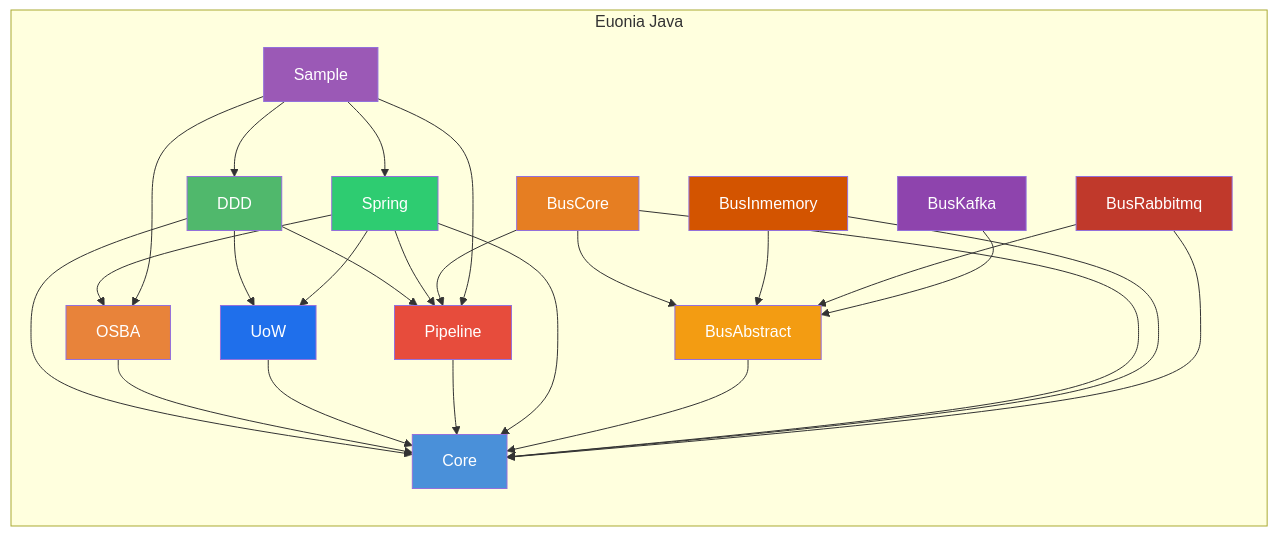
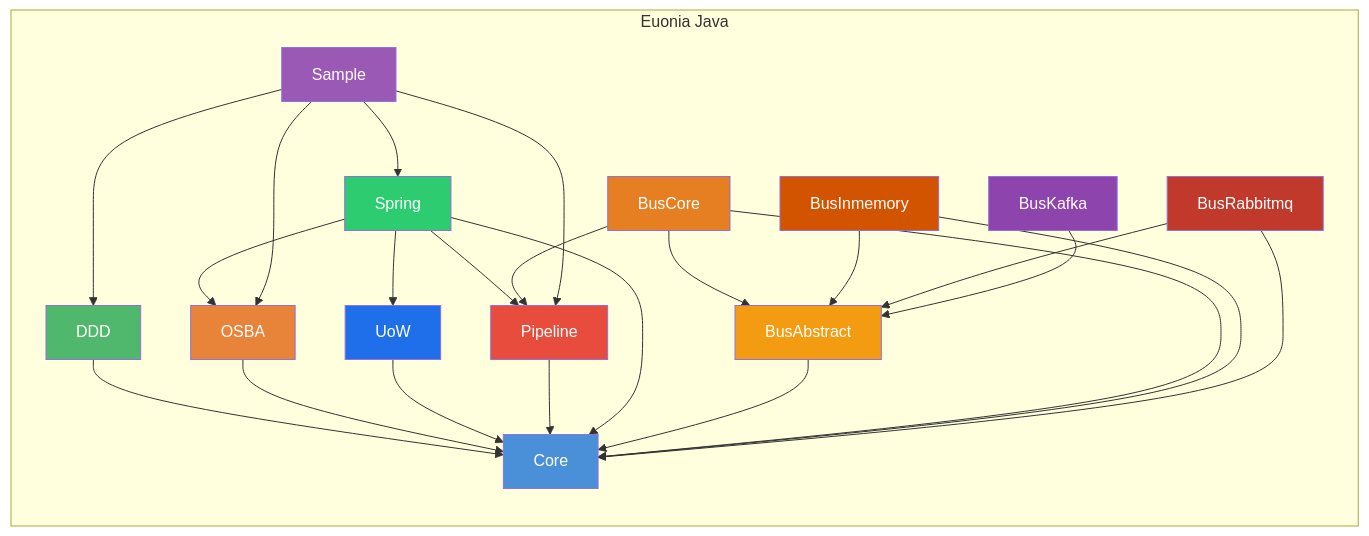
Before and after one commit to euonia-project/euonia-java: the diagram in README.en.md, drawn with Mermaid. The commit also changed 1 other file, not shown here.

Commit message:
refactor: Remove DDD dependencies on UoW and Pipeline from README files

````diff
--- a/README.en.md
+++ b/README.en.md
@@ -13,42 +13,40 @@
 ```mermaid
 graph TD
     subgraph "Euonia Java"
         direction TB
         DDD --> Core
-        DDD --> UoW
-        DDD --> Pipeline
         OSBA --> Core
         UoW --> Core
         Pipeline --> Core
         Spring --> Core
         Spring --> UoW
         Spring --> OSBA
         Spring --> Pipeline
         BusAbstract --> Core
         BusCore --> BusAbstract
         BusCore --> Core
         BusCore --> Pipeline
         BusInmemory --> BusAbstract
         BusInmemory --> Core
         BusRabbitmq --> BusAbstract
         BusRabbitmq --> Core
         BusKafka --> BusAbstract
         Sample --> DDD
         Sample --> OSBA
         Sample --> Pipeline
         Sample --> Spring
     end
 
     style Core fill:#4A90D9,color:#fff
     style DDD fill:#50B86C,color:#fff
     style UoW fill:#1F6FEB,color:#fff
     style OSBA fill:#E8833A,color:#fff
     style Pipeline fill:#E74C3C,color:#fff
     style Spring fill:#2ECC71,color:#fff
     style BusAbstract fill:#F39C12,color:#fff
     style BusCore fill:#E67E22,color:#fff
     style BusInmemory fill:#D35400,color:#fff
     style BusRabbitmq fill:#C0392B,color:#fff
     style BusKafka fill:#8E44AD,color:#fff
     style Sample fill:#9B59B6,color:#fff
 ```
````
